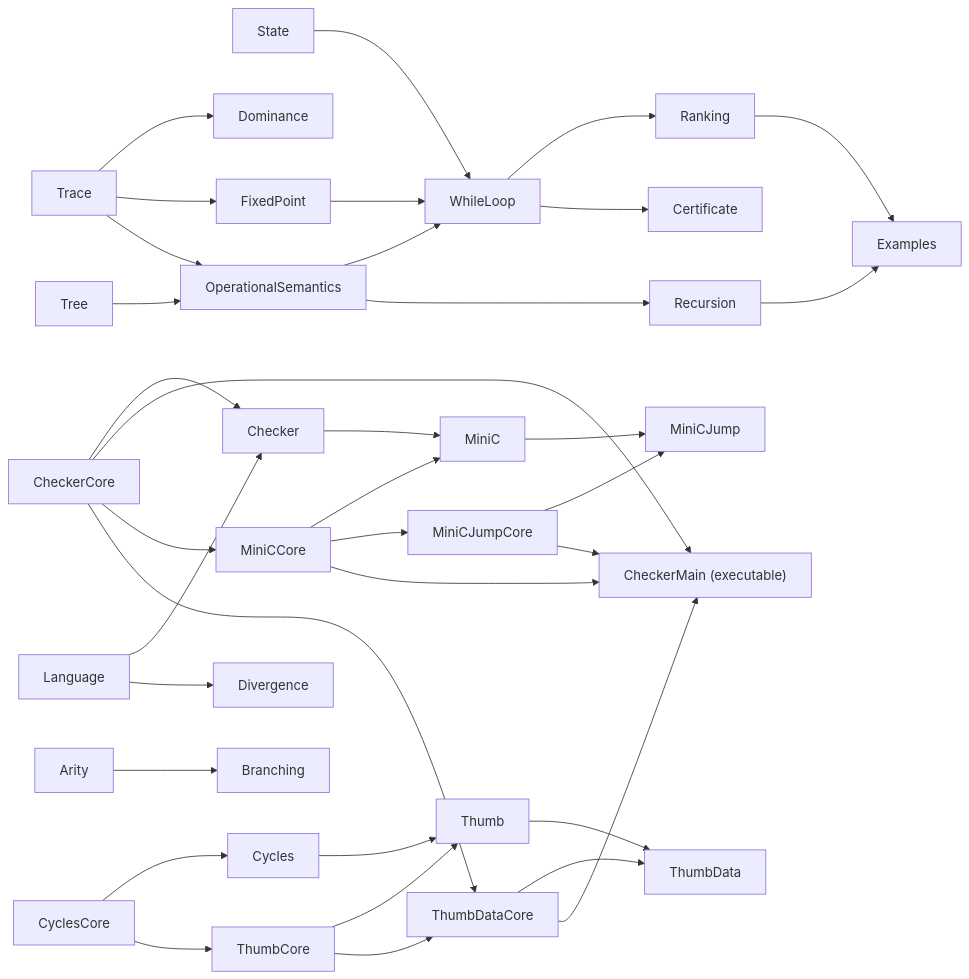
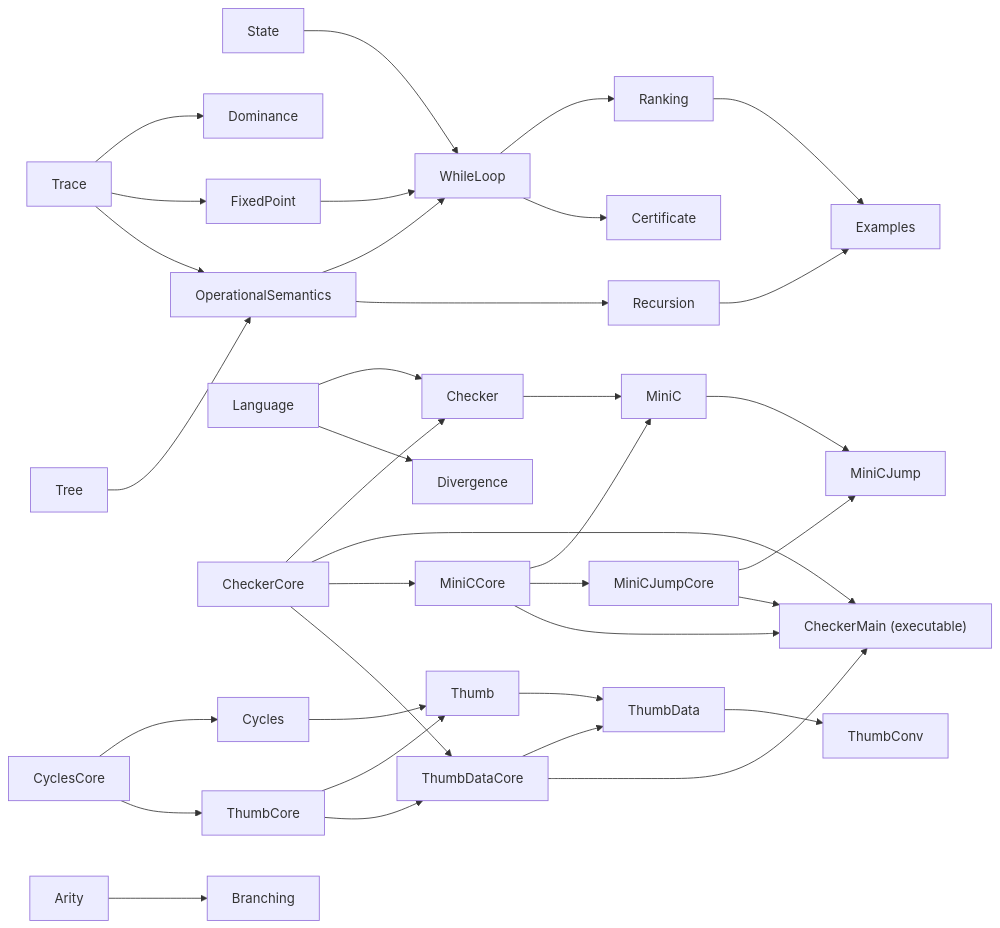
Before and after one commit to ldallolio/crosscheck: the diagram in docs/guide/07-lean.md, drawn with Mermaid. The commit also changed other lines of this file and 15 other files, not shown here.

````diff
--- a/docs/guide/07-lean.md
+++ b/docs/guide/07-lean.md
@@ -83,37 +83,38 @@
 ```mermaid
 flowchart LR
   State --> WhileLoop
   Trace --> Dominance
   Trace --> FixedPoint
   Trace --> OperationalSemantics
   Tree --> OperationalSemantics
   FixedPoint --> WhileLoop
   OperationalSemantics --> WhileLoop
   OperationalSemantics --> Recursion
   WhileLoop --> Ranking
   WhileLoop --> Certificate
   Ranking --> Examples
   Recursion --> Examples
   Language --> Checker
   CheckerCore --> Checker
   CheckerCore --> CheckerMain["CheckerMain (executable)"]
   CheckerCore --> MiniCCore
   MiniCCore --> MiniC
   Checker --> MiniC
   MiniCCore --> MiniCJumpCore
   MiniCJumpCore --> MiniCJump
   MiniC --> MiniCJump
   MiniCJumpCore --> CheckerMain
   MiniCCore --> CheckerMain
   CyclesCore --> Cycles
   CyclesCore --> ThumbCore
   ThumbCore --> Thumb
   Cycles --> Thumb
   ThumbCore --> ThumbDataCore
   CheckerCore --> ThumbDataCore
   Thumb --> ThumbData
   ThumbDataCore --> ThumbData
   ThumbDataCore --> CheckerMain
+  ThumbData --> ThumbConv
   Arity --> Branching
   Language --> Divergence
 ```
````
